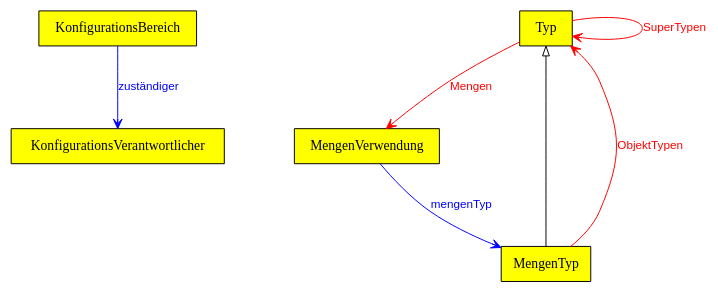
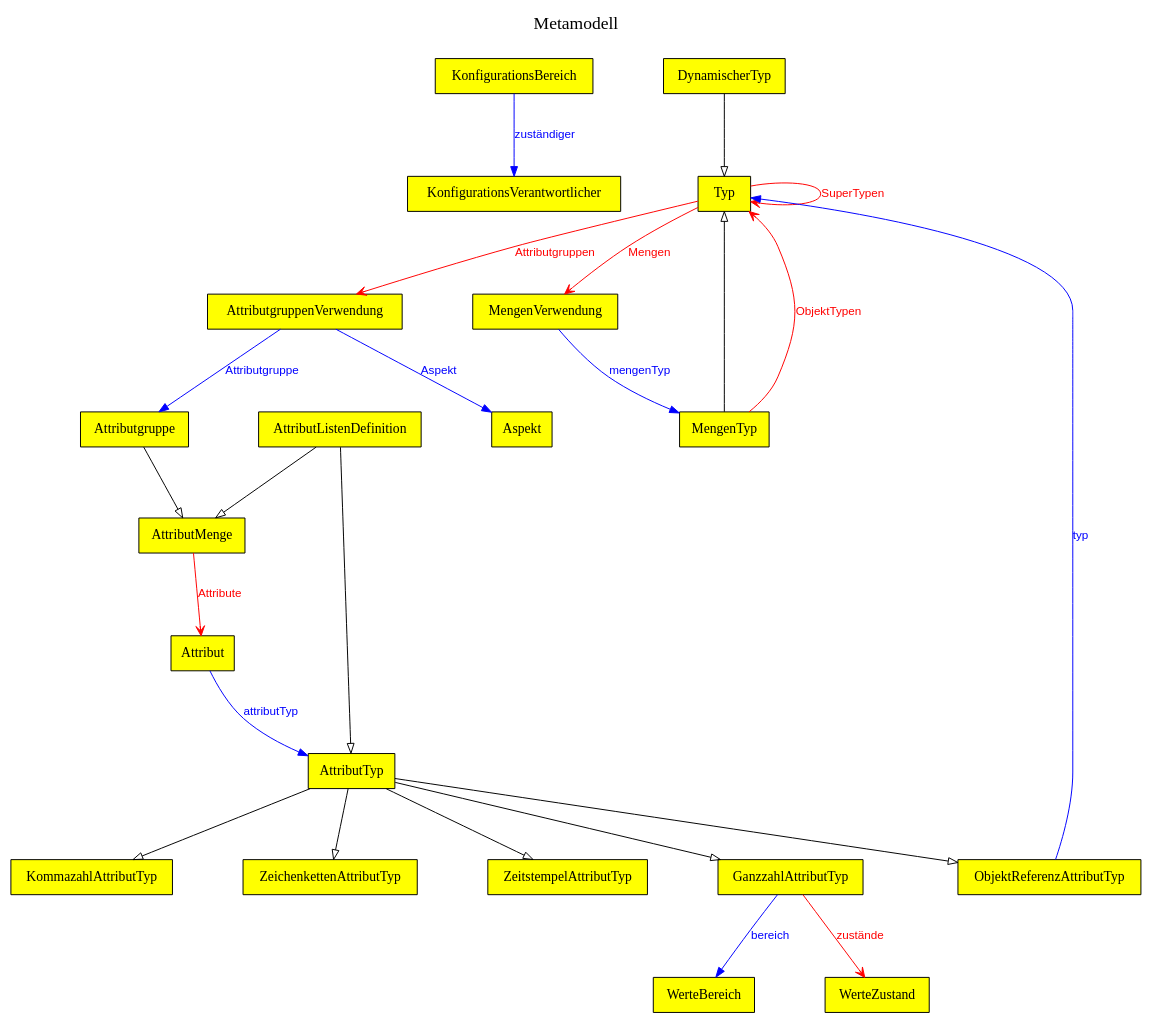
The diagram in src/main/resources/metamodell.dot (falkoschumann/datenverteiler-datenkatalog), drawn with Graphviz before and after one commit.

Commit message:
Metamodell: Attributgruppen in Diagramm aufgenommen

```diff
--- a/src/main/resources/metamodell.dot
+++ b/src/main/resources/metamodell.dot
@@ -1,45 +1,49 @@
 digraph {
 
+  fontname="Arial bold" fontsize=18
+  label="Metamodell\n\n"
+  labelloc=t
+
   graph [ranksep=1 nodesep=1];
-  node [fillcolor=yellow shape=rect style=filled ranksep=2 fontname="Arial bold" fontsize=14]
-  edge [arrowhead=vee fontname=Arial fontsize=12]
+  node [fillcolor=yellow shape=rect style=filled fontname="Arial bold" fontsize=14]
+  edge [fontname=Arial fontsize=12]
 
   KonfigurationsBereich -> KonfigurationsVerantwortlicher [label=zuständiger color=blue fontcolor=blue]
 
-//  Typ -> AttributgruppenVerwendung [label=Attributgruppen color=red fontcolor=red]
-  Typ -> MengenVerwendung [label=Mengen color=red fontcolor=red]
-  Typ -> Typ [label=SuperTypen color=red fontcolor=red]
+  Typ -> MengenVerwendung [label=Mengen arrowhead=vee color=red fontcolor=red]
+  Typ -> Typ [label=SuperTypen arrowhead=vee color=red fontcolor=red]
+  Typ -> AttributgruppenVerwendung [label=Attributgruppen arrowhead=vee color=red fontcolor=red]
+
+  DynamischerTyp -> Typ [arrowhead=onormal]
 
   MengenVerwendung -> MengenTyp [label=mengenTyp color=blue fontcolor=blue]
 
   MengenTyp -> Typ [arrowhead=onormal]
-  MengenTyp -> Typ [label=ObjektTypen color=red fontcolor=red]
+  MengenTyp -> Typ [label=ObjektTypen arrowhead=vee color=red fontcolor=red]
 
-//  MengenVerwendung -> MengenTyp [label=mengenTyp color=blue fontcolor=blue]
-//  MengenTyp -> Typ [arrowhead=onormal]
-//  MengenTyp -> Typ [label=ObjektTypen color=red fontcolor=red]
+  AttributgruppenVerwendung -> Attributgruppe [label=Attributgruppe color=blue fontcolor=blue]
+  AttributgruppenVerwendung -> Aspekt [label=Aspekt color=blue fontcolor=blue]
 
-//  Attributgruppe -> AttributMenge [arrowhead=onormal]
-//  AttributgruppenVerwendung -> Attributgruppe [label=Attributgruppe color=blue fontcolor=blue]
-//  AttributgruppenVerwendung -> Aspekt [label=Aspekt color=blue fontcolor=blue]
+  Attributgruppe -> AttributMenge [arrowhead=onormal]
 
-//  AttributMenge -> Attribut [label=Attribute color=red fontcolor=red]
-//  Attribut -> AttributTyp [label=attributTyp color=blue fontcolor=blue]
+  AttributListenDefinition -> AttributTyp [arrowhead=onormal]
+  AttributListenDefinition -> AttributMenge [arrowhead=onormal]
 
-//  AttributTyp -> GanzzahlAttributTyp [arrowhead=onormal]
-//  GanzzahlAttributTyp -> WerteBereich [label=bereich color=blue fontcolor=blue]
-//  GanzzahlAttributTyp -> WerteZustand [label=zustände color=red fontcolor=red]
+  AttributMenge -> Attribut [label=Attribute arrowhead=vee color=red fontcolor=red]
 
-//  AttributTyp -> KommazahlAttributTyp [arrowhead=onormal]
+  Attribut -> AttributTyp [label=attributTyp color=blue fontcolor=blue]
 
-//  AttributTyp -> ObjektReferenzAttributTyp [arrowhead=onormal]
-//  ObjektReferenzAttributTyp -> Typ [label=typ color=blue fontcolor=blue]
+  AttributTyp -> GanzzahlAttributTyp [arrowhead=onormal]
+  GanzzahlAttributTyp -> WerteBereich [label=bereich color=blue fontcolor=blue]
+  GanzzahlAttributTyp -> WerteZustand [label=zustände arrowhead=vee color=red fontcolor=red]
 
-//  AttributTyp -> ZeichenkettenAttributTyp [arrowhead=onormal]
+  AttributTyp -> KommazahlAttributTyp [arrowhead=onormal]
 
-//  AttributTyp -> ZeitstempelAttributTyp [arrowhead=onormal]
+  AttributTyp -> ObjektReferenzAttributTyp [arrowhead=onormal]
+  ObjektReferenzAttributTyp -> Typ [label=typ color=blue fontcolor=blue]
 
-//  AttributListenDefinition -> AttributTyp [arrowhead=onormal]
-//  AttributListenDefinition -> AttributMenge [arrowhead=onormal]
+  AttributTyp -> ZeichenkettenAttributTyp [arrowhead=onormal]
+
+  AttributTyp -> ZeitstempelAttributTyp [arrowhead=onormal]
 
 }
```
